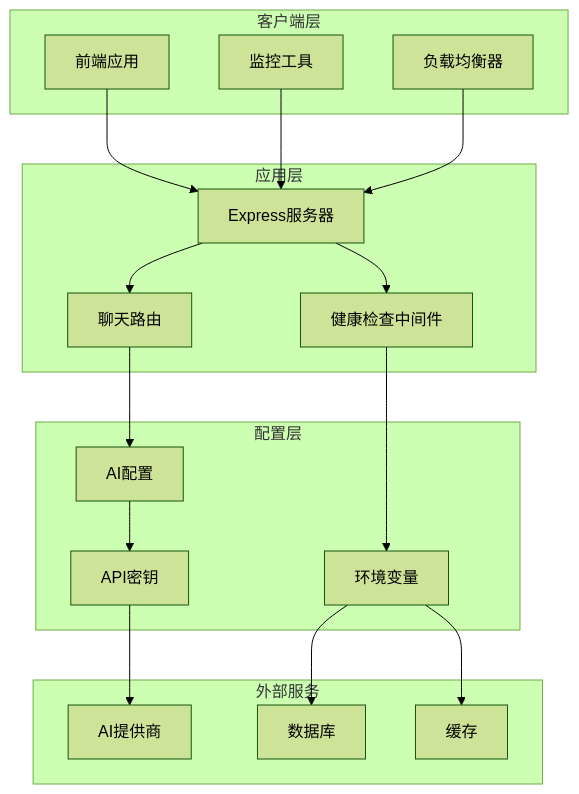
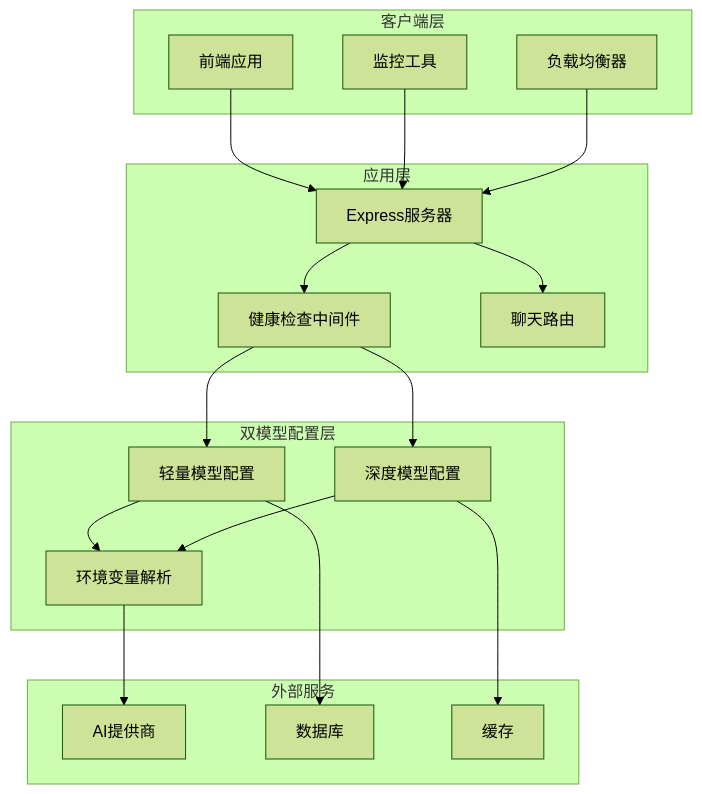
Before and after one commit to aHin0805/FH6CarSettingAgent: the third of 8 diagrams in .qoder/repowiki/zh/content/API参考文档/健康检查接口.md, drawn with Mermaid (forest theme). The commit also changed other lines of this file and 59 other files, not shown here.

````diff
--- a/.qoder/repowiki/zh/content/API参考文档/健康检查接口.md
+++ b/.qoder/repowiki/zh/content/API参考文档/健康检查接口.md
@@ -109,34 +130,35 @@
 ```mermaid
 graph TB
 subgraph "客户端层"
 A[前端应用]
 B[监控工具]
 C[负载均衡器]
 end
 subgraph "应用层"
 D[Express服务器]
 E[健康检查中间件]
 F[聊天路由]
 end
-subgraph "配置层"
-G[环境变量]
-H[AI配置]
-I[API密钥]
+subgraph "双模型配置层"
+G[轻量模型配置]
+H[深度模型配置]
+I[环境变量解析]
 end
 subgraph "外部服务"
 J[AI提供商]
 K[数据库]
 L[缓存]
 end
 A --> D
 B --> D
 C --> D
 D --> E
 D --> F
 E --> G
-F --> H
+E --> H
+G --> I
 H --> I
 I --> J
 G --> K
-G --> L
+H --> L
 ```
````
